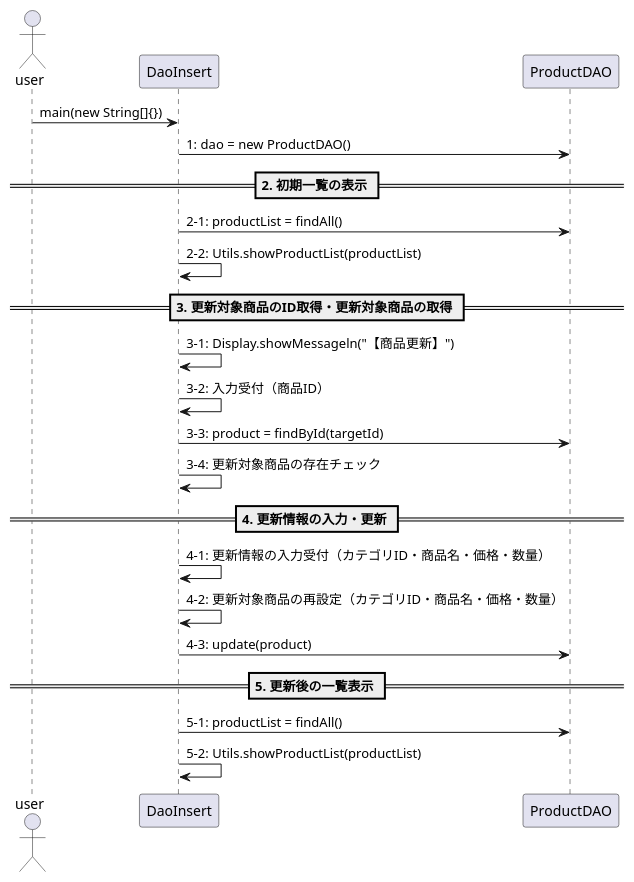
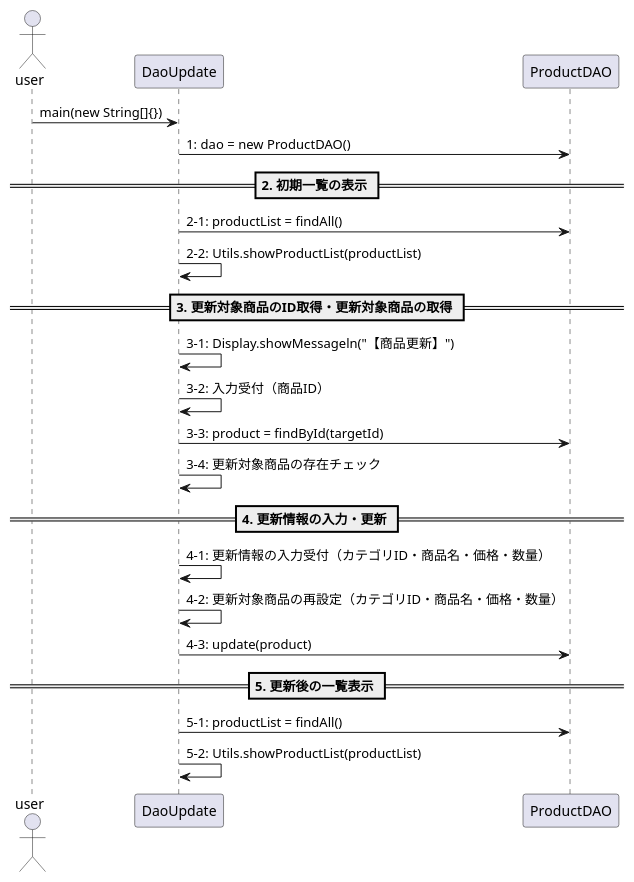
One commit to 612-teacher001/jbasic-dao-demo changed the diagram in docs/tutorials/dao/puml/productdao_update_seq.puml. Above: the diagram before and after it, drawn with PlantUML. The commit also changed 3 other files, not shown here.

```diff
--- a/docs/tutorials/dao/puml/productdao_update_seq.puml
+++ b/docs/tutorials/dao/puml/productdao_update_seq.puml
@@ -1,27 +1,27 @@
 @startuml productdao_seq
 
 actor user
-user -> DaoInsert: main(new String[]{})
+user -> DaoUpdate: main(new String[]{})
 
-DaoInsert -> ProductDAO: 1: dao = new ProductDAO()
+DaoUpdate -> ProductDAO: 1: dao = new ProductDAO()
 
 == 2. 初期一覧の表示 ==
-DaoInsert -> ProductDAO: 2-1: productList = findAll()
-DaoInsert -> DaoInsert:  2-2: Utils.showProductList(productList)
+DaoUpdate -> ProductDAO: 2-1: productList = findAll()
+DaoUpdate -> DaoUpdate:  2-2: Utils.showProductList(productList)
 
 == 3. 更新対象商品のID取得・更新対象商品の取得 ==
-DaoInsert -> DaoInsert:  3-1: Display.showMessageln("【商品更新】")
-DaoInsert -> DaoInsert:  3-2: 入力受付（商品ID）
-DaoInsert -> ProductDAO: 3-3: product = findById(targetId)
-DaoInsert -> DaoInsert:  3-4: 更新対象商品の存在チェック
+DaoUpdate -> DaoUpdate:  3-1: Display.showMessageln("【商品更新】")
+DaoUpdate -> DaoUpdate:  3-2: 入力受付（商品ID）
+DaoUpdate -> ProductDAO: 3-3: product = findById(targetId)
+DaoUpdate -> DaoUpdate:  3-4: 更新対象商品の存在チェック
 
 == 4. 更新情報の入力・更新 ==
-DaoInsert -> DaoInsert:  4-1: 更新情報の入力受付（カテゴリID・商品名・価格・数量）
-DaoInsert -> DaoInsert:  4-2: 更新対象商品の再設定（カテゴリID・商品名・価格・数量）
-DaoInsert -> ProductDAO: 4-3: update(product)
+DaoUpdate -> DaoUpdate:  4-1: 更新情報の入力受付（カテゴリID・商品名・価格・数量）
+DaoUpdate -> DaoUpdate:  4-2: 更新対象商品の再設定（カテゴリID・商品名・価格・数量）
+DaoUpdate -> ProductDAO: 4-3: update(product)
 
 == 5. 更新後の一覧表示 ==
-DaoInsert -> ProductDAO: 5-1: productList = findAll()
-DaoInsert -> DaoInsert:  5-2: Utils.showProductList(productList)
+DaoUpdate -> ProductDAO: 5-1: productList = findAll()
+DaoUpdate -> DaoUpdate:  5-2: Utils.showProductList(productList)
 
 @enduml
```
